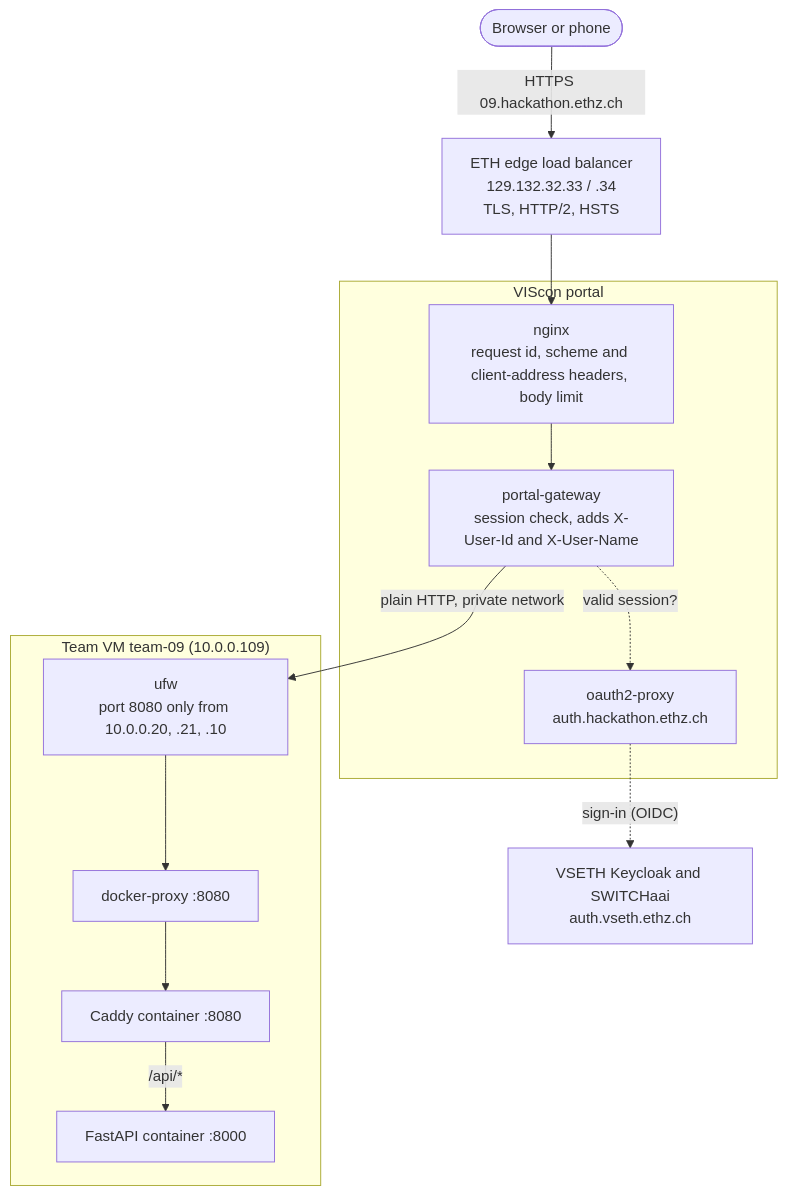
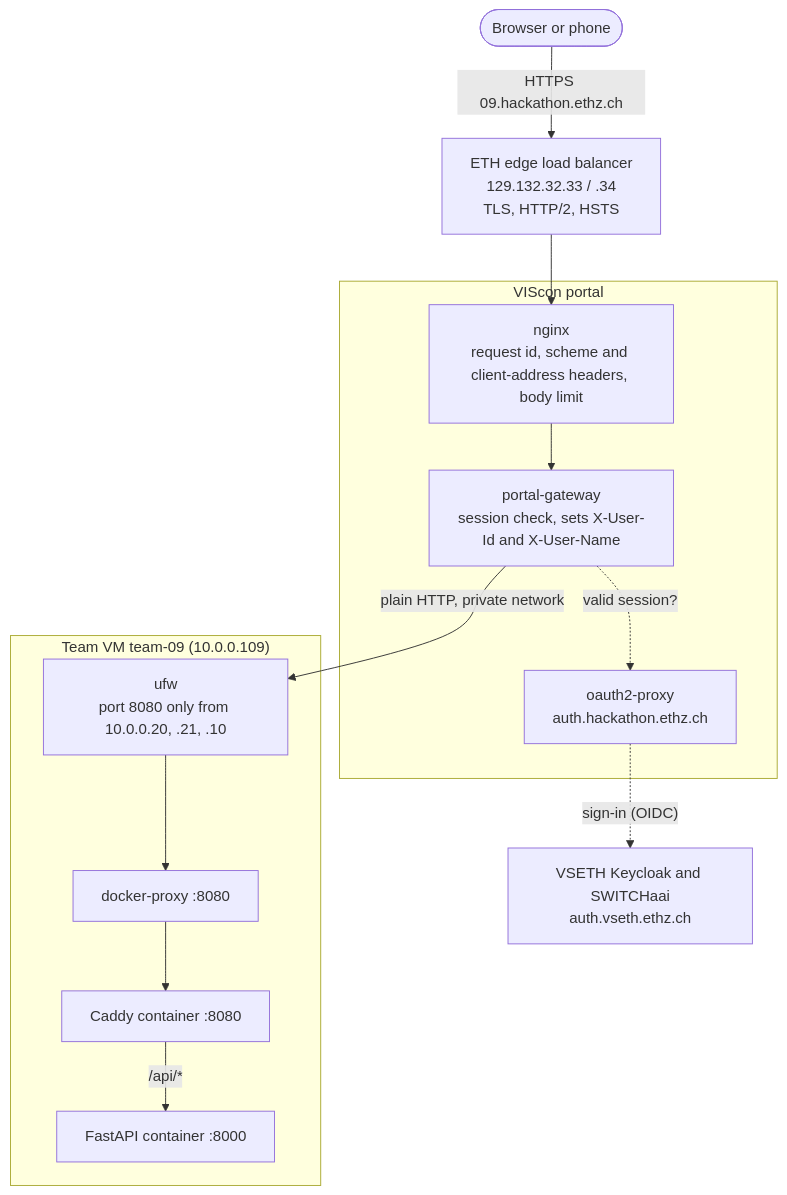
One commit to the-quant-larp-has-no-end/MarkETH changed the diagram in docs/SERVER_INFRASTRUCTURE.md. Above: the diagram before and after it, drawn with Mermaid. The commit also changed other lines of this file and 289 other files, not shown here.

````diff
--- a/docs/SERVER_INFRASTRUCTURE.md
+++ b/docs/SERVER_INFRASTRUCTURE.md
@@ -52,24 +57,24 @@
 ```mermaid
 flowchart TB
     browser(["Browser or phone"])
     edge["ETH edge load balancer<br/>129.132.32.33 / .34<br/>TLS, HTTP/2, HSTS"]
     subgraph portal["VIScon portal"]
         nginx["nginx<br/>request id, scheme and client-address headers, body limit"]
-        gateway["portal-gateway<br/>session check, adds X-User-Id and X-User-Name"]
+        gateway["portal-gateway<br/>session check, sets X-User-Id and X-User-Name"]
         o2p["oauth2-proxy<br/>auth.hackathon.ethz.ch"]
     end
     idp["VSETH Keycloak and SWITCHaai<br/>auth.vseth.ethz.ch"]
     subgraph vm["Team VM team-09 (10.0.0.109)"]
         ufw["ufw<br/>port 8080 only from 10.0.0.20, .21, .10"]
         dp["docker-proxy :8080"]
         caddy["Caddy container :8080"]
         api["FastAPI container :8000"]
     end
     browser -->|"HTTPS 09.hackathon.ethz.ch"| edge
     edge --> nginx --> gateway
     gateway -.->|"valid session?"| o2p
     o2p -.->|"sign-in (OIDC)"| idp
     gateway -->|"plain HTTP, private network"| ufw
     ufw --> dp --> caddy
     caddy -->|"/api/*"| api
 ```
````
